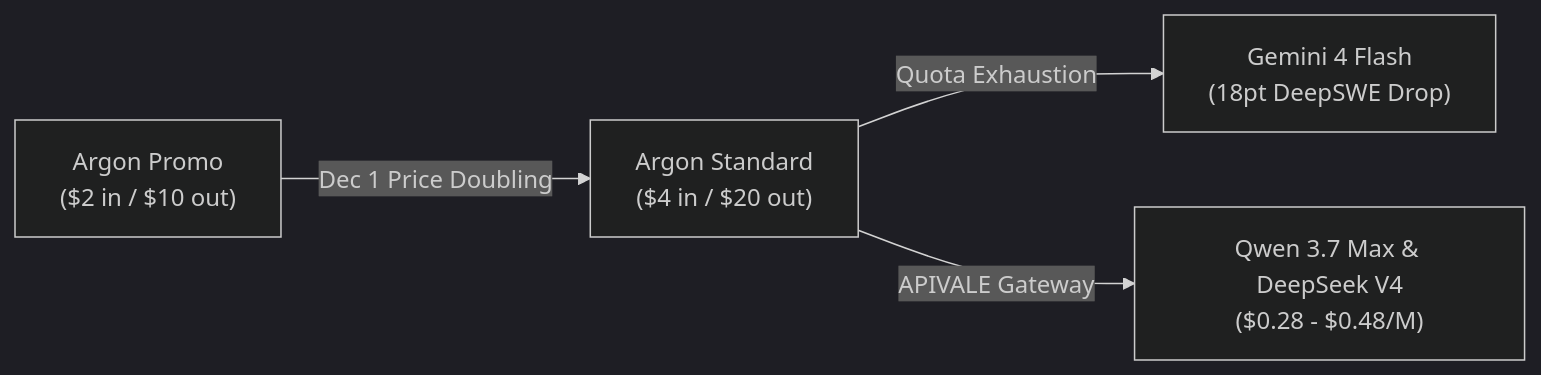
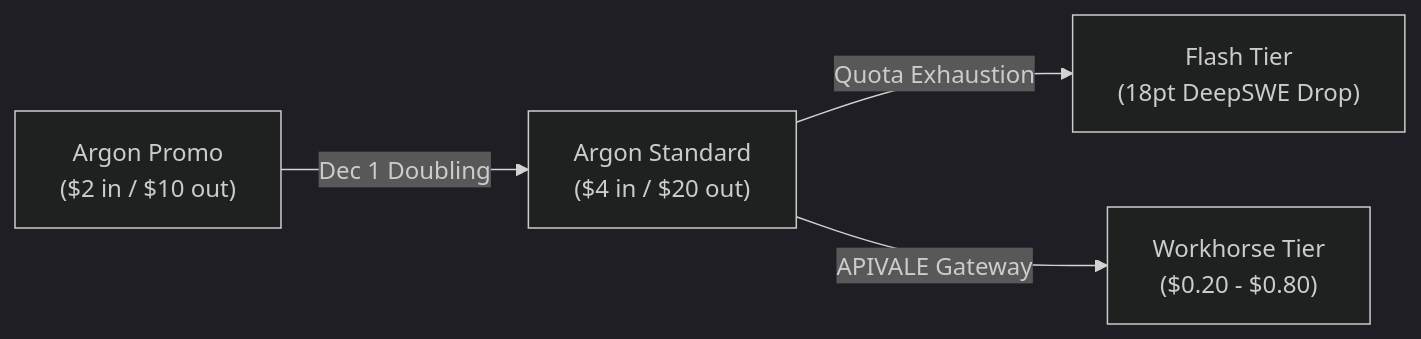
One commit to bshx2024/apivel_blog changed the diagram in src/content/blog/gemini-4-argon-coding-test-review.md. Above: the diagram before and after it, drawn with Mermaid (dark theme). The commit also changed other lines of this file and 5 other files, not shown here.

````diff
--- a/src/content/blog/gemini-4-argon-coding-test-review.md
+++ b/src/content/blog/gemini-4-argon-coding-test-review.md
@@ -128,6 +88,6 @@
 ```mermaid
 graph LR
-    A["Argon Promo<br>($2 in / $10 out)"] -->|Dec 1 Price Doubling| B["Argon Standard<br>($4 in / $20 out)"]
-    B -->|Quota Exhaustion| C["Gemini 4 Flash<br>(18pt DeepSWE Drop)"]
-    B -->|APIVALE Gateway| D["Qwen 3.7 Max & DeepSeek V4<br>($0.28 - $0.48/M)"]
+    A["Argon Promo\n($2 in / $10 out)"] -->|Dec 1 Doubling| B["Argon Standard\n($4 in / $20 out)"]
+    B -->|Quota Exhaustion| C["Flash Tier\n(18pt DeepSWE Drop)"]
+    B -->|APIVALE Gateway| D["Workhorse Tier\n($0.20 - $0.80)"]
 ```
````
